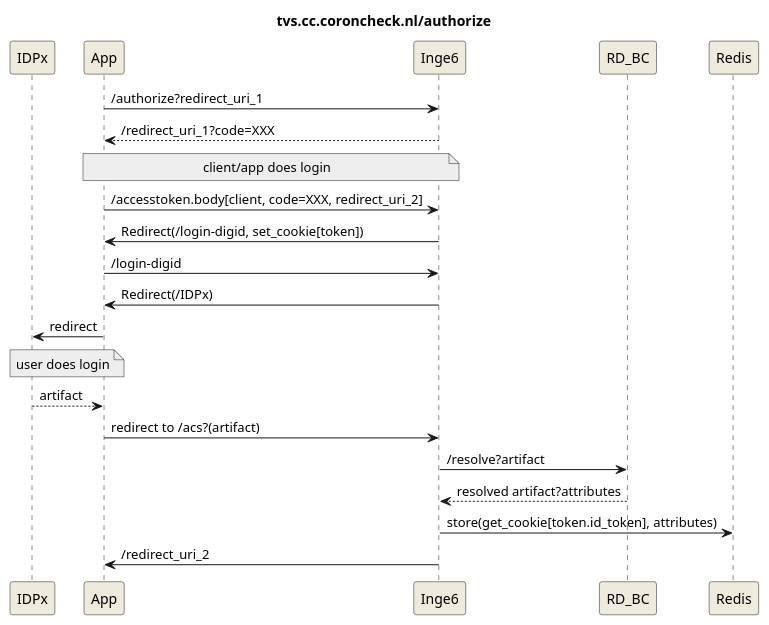
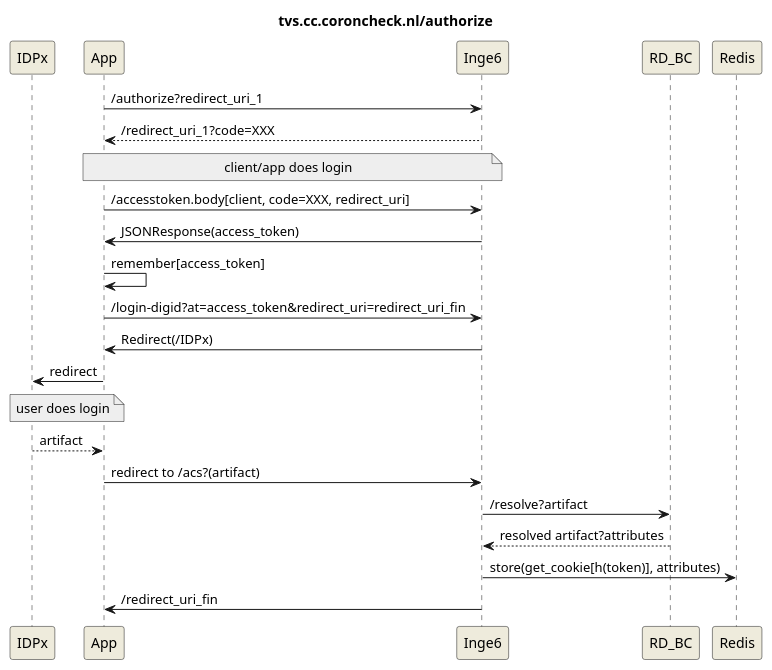
One commit to minvws/nl-rdo-max changed the diagram in docs/tvs-oidc-puml.wsd. Above: the diagram before and after it, drawn with PlantUML.

Commit message:
update flow

```diff
--- a/docs/tvs-oidc-puml.wsd
+++ b/docs/tvs-oidc-puml.wsd
@@ -1,31 +1,32 @@
 @startuml
 title tvs.cc.coroncheck.nl/authorize
 
 skinparam backgroundColor white
 skinparam participantBackgroundColor #EEEBDC
 skinparam noteBackgroundColor #EEE
 
 participant IDPx
 participant App
 
 App->Inge6:/authorize?redirect_uri_1
 App<--Inge6:/redirect_uri_1?code=XXX
 
 note over App, Inge6:client/app does login
-App->Inge6:/accesstoken.body[client, code=XXX, redirect_uri_2]
+App->Inge6:/accesstoken.body[client, code=XXX, redirect_uri]
 
-Inge6->App:Redirect(/login-digid, set_cookie[token])
-App->Inge6:/login-digid
+Inge6->App:JSONResponse(access_token)
+App->App:remember[access_token]
+App->Inge6:/login-digid?at=access_token&redirect_uri=redirect_uri_fin
 Inge6->App:Redirect(/IDPx)
 
 App->IDPx:redirect
 note over App, IDPx:user does login
 IDPx-->App:artifact
 App->Inge6:redirect to /acs?(artifact)
 
 Inge6->RD_BC:/resolve?artifact
 Inge6<--RD_BC:resolved artifact?attributes
 
-Inge6->Redis:store(get_cookie[token.id_token], attributes)
-Inge6->App:/redirect_uri_2
+Inge6->Redis:store(get_cookie[h(token)], attributes)
+Inge6->App:/redirect_uri_fin
 @enduml
```
